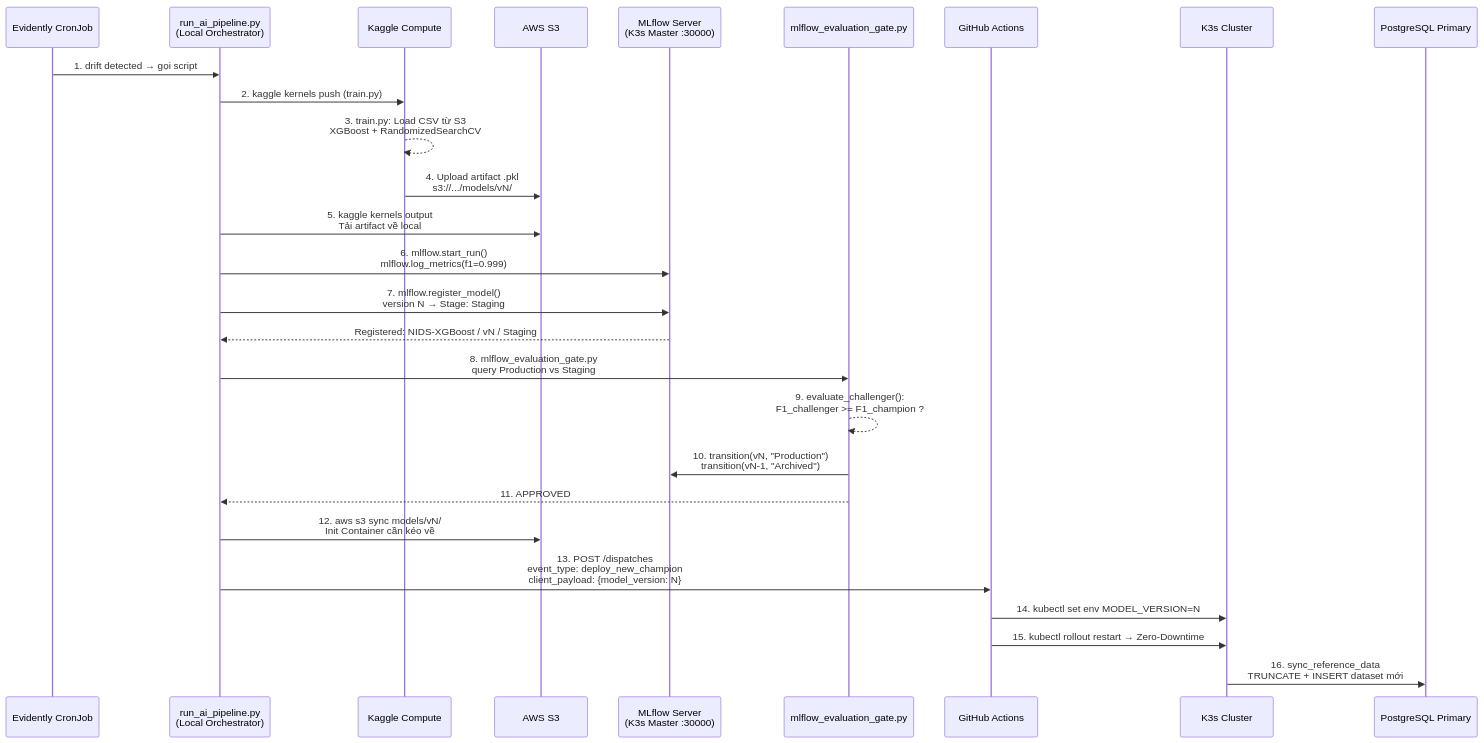
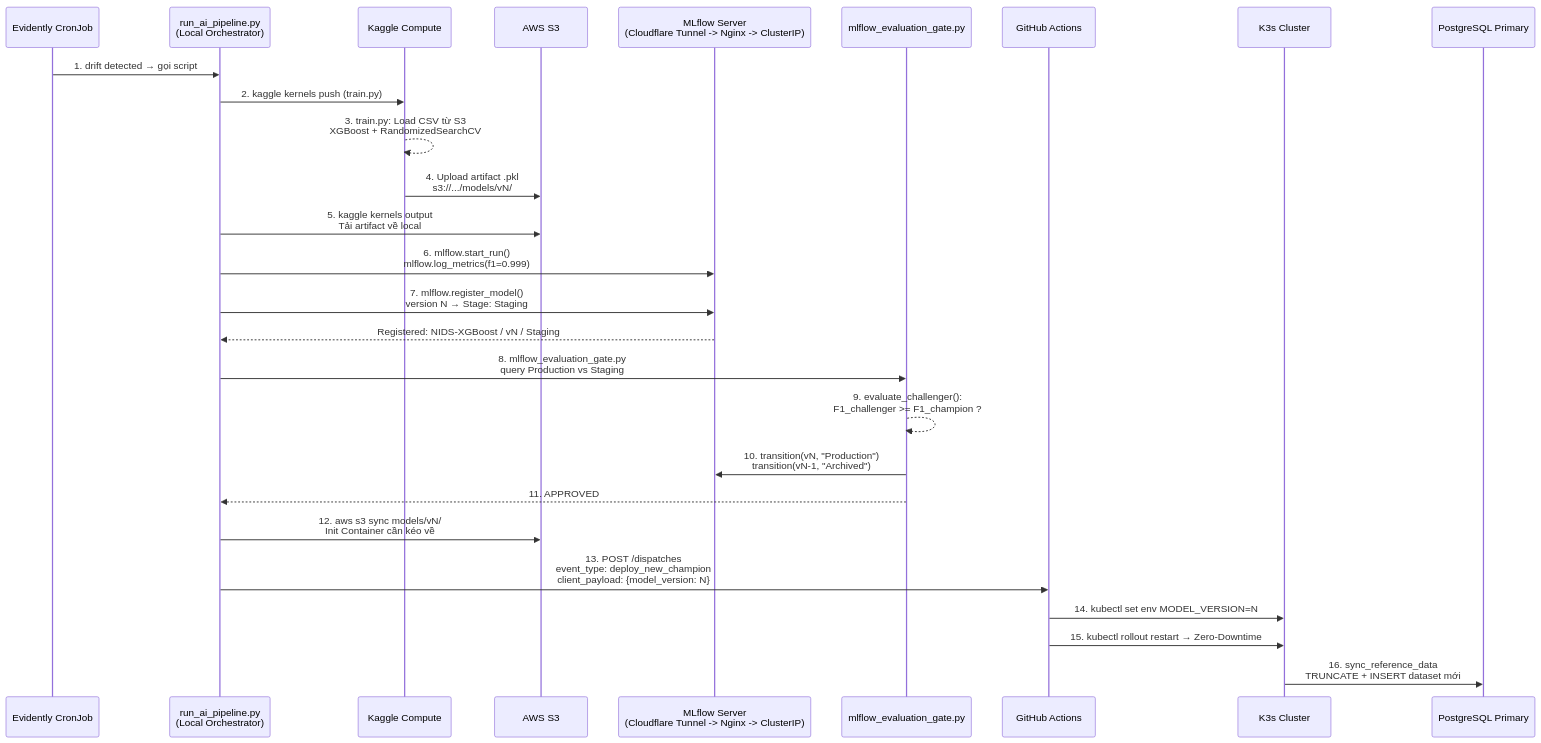
The fifth of 7 diagrams in ARCHITECTURE.md (Viet-Hoang-2005/AdaptML), drawn with Mermaid before and after one commit. The commit also changed other lines of this file and 2 other files, not shown here.

Commit message:
docs: update architecture and environment examples   for MLflow flow

````diff
--- a/ARCHITECTURE.md
+++ b/ARCHITECTURE.md
@@ -174,30 +174,30 @@
 ```mermaid
 sequenceDiagram
     participant E as Evidently CronJob
     participant ORCH as run_ai_pipeline.py<br/>(Local Orchestrator)
     participant K as Kaggle Compute
     participant S as AWS S3
-    participant MLF as MLflow Server<br/>(K3s Master :30000)
+    participant MLF as MLflow Server<br/>(Cloudflare Tunnel -> Nginx -> ClusterIP)
     participant GATE as mlflow_evaluation_gate.py
     participant GA as GitHub Actions
     participant P as K3s Cluster
     participant DB as PostgreSQL Primary
 
     E->>ORCH: 1. drift detected → gọi script
     ORCH->>K: 2. kaggle kernels push (train.py)
     K-->>K: 3. train.py: Load CSV từ S3<br/>XGBoost + RandomizedSearchCV
     K->>S: 4. Upload artifact .pkl<br/>s3://.../models/vN/
     ORCH->>S: 5. kaggle kernels output<br/>Tải artifact về local
     ORCH->>MLF: 6. mlflow.start_run()<br/>mlflow.log_metrics(f1=0.999)
     ORCH->>MLF: 7. mlflow.register_model()<br/>version N → Stage: Staging
     MLF-->>ORCH: Registered: NIDS-XGBoost / vN / Staging
     ORCH->>GATE: 8. mlflow_evaluation_gate.py<br/>query Production vs Staging
     GATE-->>GATE: 9. evaluate_challenger():<br/>F1_challenger >= F1_champion ?
     GATE->>MLF: 10. transition(vN, "Production")<br/>transition(vN-1, "Archived")
     GATE-->>ORCH: 11. APPROVED
     ORCH->>S: 12. aws s3 sync models/vN/<br/>Init Container cần kéo về
     ORCH->>GA: 13. POST /dispatches<br/>event_type: deploy_new_champion<br/>client_payload: {model_version: N}
     GA->>P: 14. kubectl set env MODEL_VERSION=N
     GA->>P: 15. kubectl rollout restart → Zero-Downtime
     P->>DB: 16. sync_reference_data<br/>TRUNCATE + INSERT dataset mới
 ```
````
